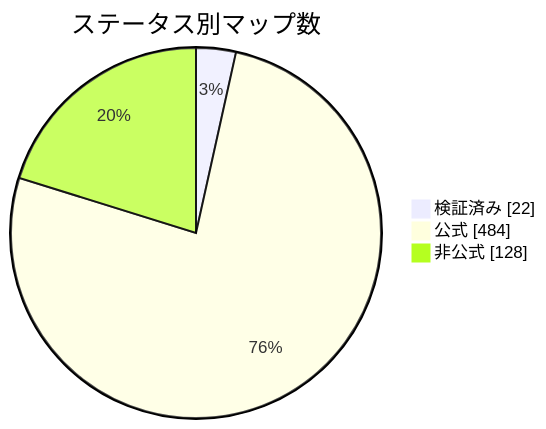
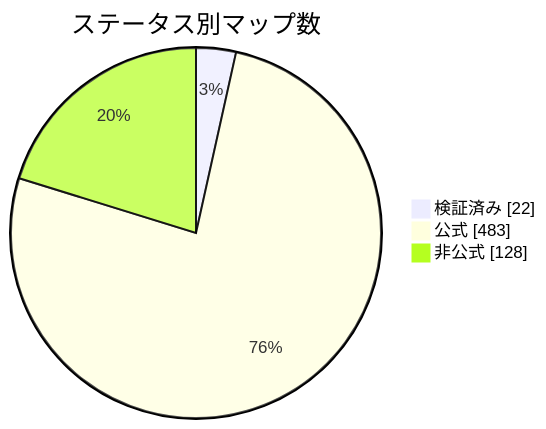
The diagram in docs/readme/README_JP.md (nobrega8/mbmap-library), drawn with Mermaid before and after one commit. The commit also changed 7 other files, not shown here.

````diff
--- a/docs/readme/README_JP.md
+++ b/docs/readme/README_JP.md
@@ -54,7 +54,7 @@
 ```mermaid
 pie showData
     title ステータス別マップ数
     "検証済み" : 22
-    "公式" : 484
+    "公式" : 483
     "非公式" : 128
 ```
````
